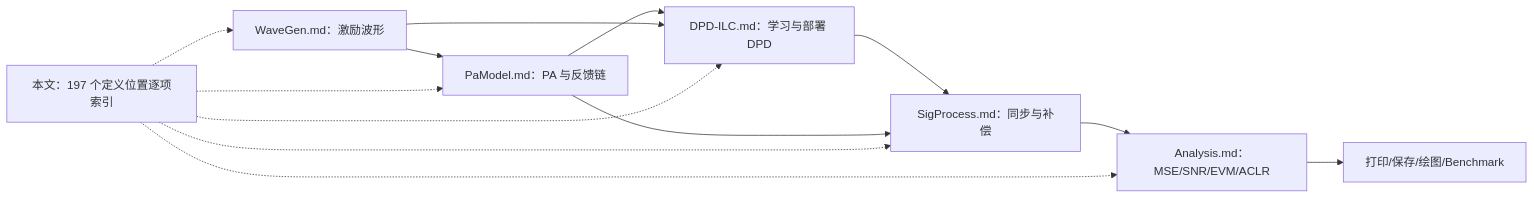
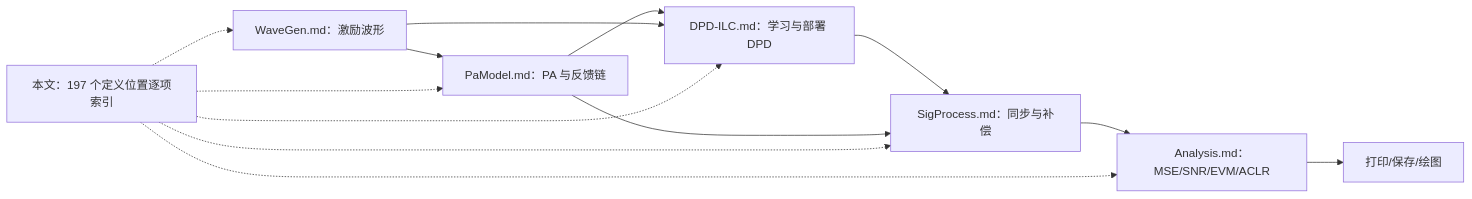
The diagram in doc/FunctionPrinciples.md (niyilu45/DPD_ILC), drawn with Mermaid before and after one commit. The commit also changed other lines of this file and 15 other files, not shown here.

````diff
--- a/doc/FunctionPrinciples.md
+++ b/doc/FunctionPrinciples.md
@@ -20,15 +20,15 @@
 ```mermaid
 flowchart LR
     wave["WaveGen.md：激励波形"] --> pa["PaModel.md：PA 与反馈链"]
     pa --> ilc["DPD-ILC.md：学习与部署 DPD"]
     wave --> ilc
     ilc --> sync["SigProcess.md：同步与补偿"]
     pa --> sync
     sync --> analysis["Analysis.md：MSE/SNR/EVM/ACLR"]
-    analysis --> report["打印/保存/绘图/Benchmark"]
+    analysis --> report["打印/保存/绘图"]
     audit["本文：197 个定义位置逐项索引"] -.-> wave
     audit -.-> pa
     audit -.-> ilc
     audit -.-> sync
     audit -.-> analysis
 ```
````
